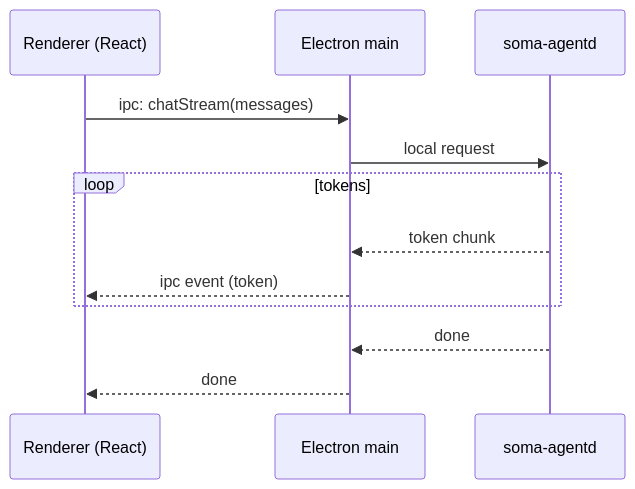
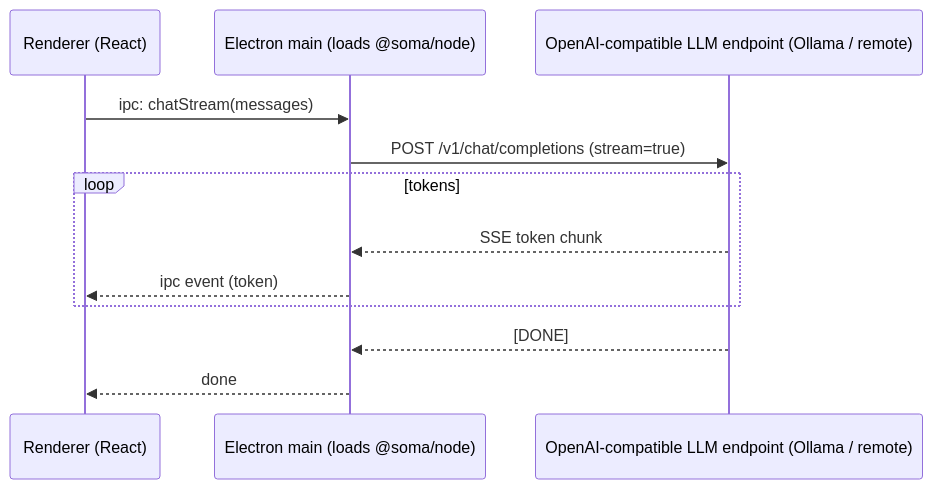
The fourth of 4 diagrams in docs/src/architecture/arc42/06-runtime-view.md (stephane-segning/soma), drawn with Mermaid before and after one commit. The commit also changed other lines of this file and 142 other files, not shown here.

````diff
--- a/docs/src/architecture/arc42/06-runtime-view.md
+++ b/docs/src/architecture/arc42/06-runtime-view.md
@@ -49,15 +52,15 @@
 ```mermaid
 sequenceDiagram
   participant Renderer as Renderer (React)
-  participant Main as Electron main
-  participant Agent as soma-agentd
+  participant Main as Electron main (loads @soma/node)
+  participant LLM as OpenAI-compatible LLM endpoint (Ollama / remote)
 
   Renderer->>Main: ipc: chatStream(messages)
-  Main->>Agent: local request
+  Main->>LLM: POST /v1/chat/completions (stream=true)
   loop tokens
-    Agent-->>Main: token chunk
+    LLM-->>Main: SSE token chunk
     Main-->>Renderer: ipc event (token)
   end
-  Agent-->>Main: done
+  LLM-->>Main: [DONE]
   Main-->>Renderer: done
 ```
````
